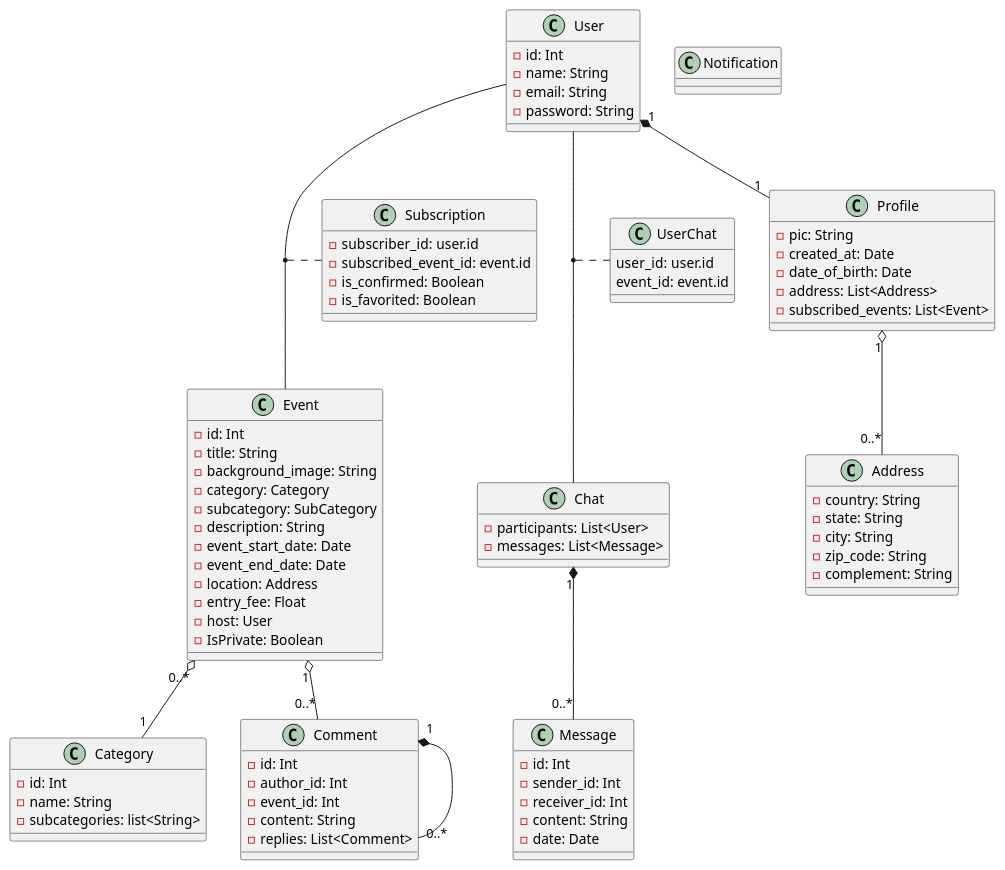
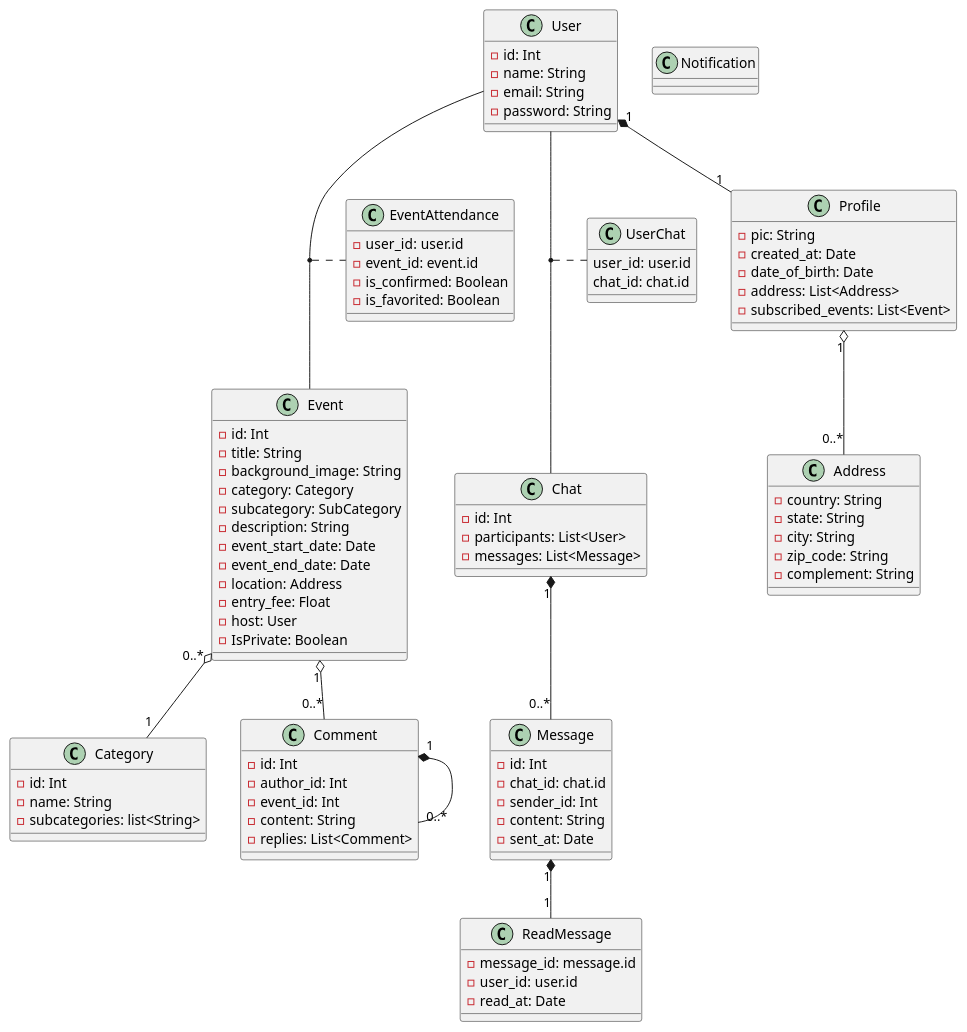
One commit to tiago001pessoa/EventHub-API changed the diagram in class-diagram.puml. Above: the diagram before and after it, drawn with PlantUML. The commit also changed 2 other files, not shown here.

Commit message:
Add ReadMessage table.

```diff
--- a/class-diagram.puml
+++ b/class-diagram.puml
@@ -1,100 +1,108 @@
 @startuml
 
 class User {
     - id: Int
     - name: String
     - email: String
     - password: String
 }
 
 class Event {
     - id: Int
     - title: String
     - background_image: String
     - category: Category
     - subcategory: SubCategory
     - description: String
     - event_start_date: Date
     - event_end_date: Date
     - location: Address
     - entry_fee: Float
     - host: User
     - IsPrivate: Boolean
 }
 
 class Category {
     -id: Int
     -name: String
     -subcategories: list<String>
 }
 
 
-class Subscription {
-    -subscriber_id: user.id
-    -subscribed_event_id: event.id
+class EventAttendance {
+    -user_id: user.id
+    -event_id: event.id
     -is_confirmed: Boolean
     -is_favorited: Boolean 
 }
 
 class UserChat {
     user_id: user.id
-    event_id: event.id
+    chat_id: chat.id
 }
 
 class Message {
     -id: Int
+    -chat_id: chat.id
     -sender_id: Int
-    -receiver_id: Int
     -content: String   
-    -date: Date
+    -sent_at: Date
 }
 
 
 class Comment {
     -id: Int
     -author_id: Int
     -event_id: Int
     -content: String
     -replies: List<Comment>
 }
 
 class Address {
     - country: String
     - state: String
     - city: String
     - zip_code: String
     - complement: String
 }
 
 class Chat {
+    -id: Int
     -participants: List<User>
     -messages: List<Message>
 }
 
 
 
 class Profile {
     -pic: String
     -created_at: Date
     -date_of_birth: Date
     -address: List<Address>
     -subscribed_events: List<Event>
 }
 
+class ReadMessage {
+    -message_id: message.id
+    -user_id: user.id
+    -read_at: Date
+}
+
 class Notification {
 
 }
 
 
 
-(User, Event) .. Subscription
+(User, Event) .. EventAttendance
 (User, Chat) .. UserChat
 Event "1" o-- "0..*" Comment
 Chat "1" *-- "0..*" Message
 Event "0..*" o-- "1" Category
 Comment "1" *-- "0..*" Comment
 User "1" *-- "1" Profile
 Profile "1" o-- "0..*" Address
+Message "1" *-- "1" ReadMessage
 
 
 @enduml
```
